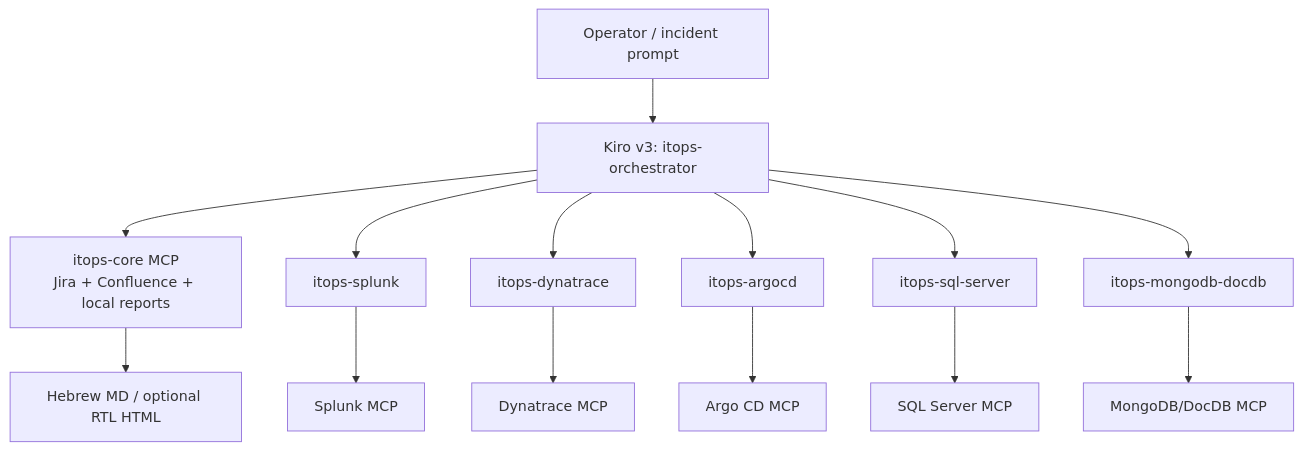
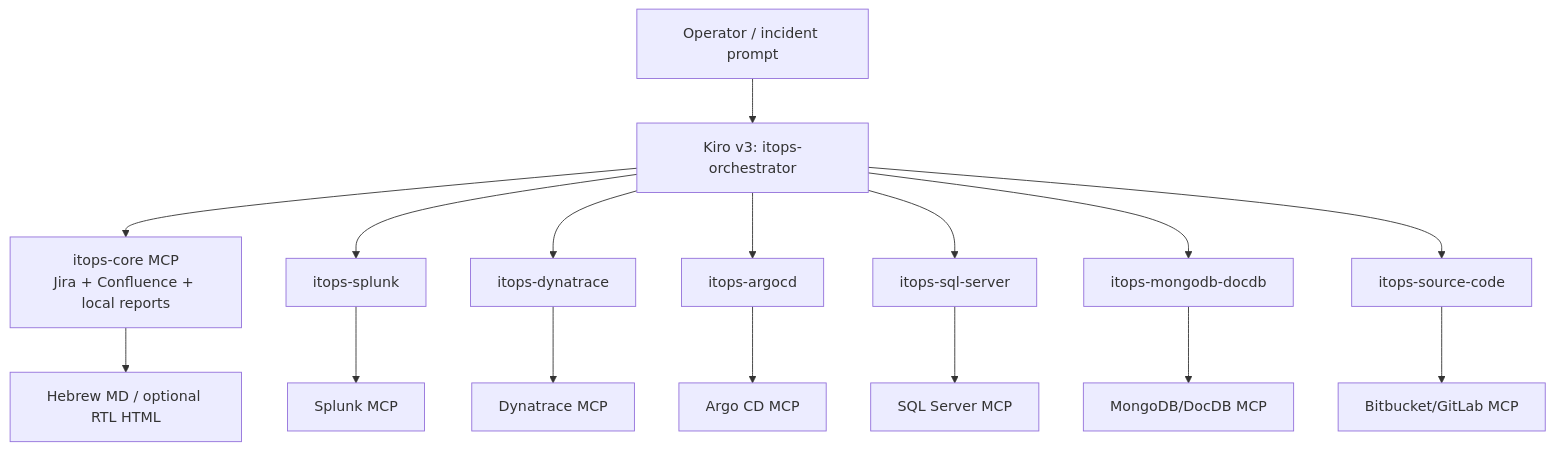
One commit to idan00189/itops-kiro-harness changed the diagram in .kiro/specs/itops-harness/design.md. Above: the diagram before and after it, drawn with Mermaid. The commit also changed other lines of this file and 28 other files, not shown here.

Commit message:
Add Bitbucket and GitLab source investigator

````diff
--- a/.kiro/specs/itops-harness/design.md
+++ b/.kiro/specs/itops-harness/design.md
@@ -5,16 +5,18 @@
 ```mermaid
 flowchart TD
     U["Operator / incident prompt"] --> O["Kiro v3: itops-orchestrator"]
     O --> C["itops-core MCP\nJira + Confluence + local reports"]
     O --> S1["itops-splunk"]
     O --> S2["itops-dynatrace"]
     O --> S3["itops-argocd"]
     S1 --> M1["Splunk MCP"]
     S2 --> M2["Dynatrace MCP"]
     S3 --> M3["Argo CD MCP"]
     O --> S4["itops-sql-server"]
     O --> S5["itops-mongodb-docdb"]
+    O --> S6["itops-source-code"]
     S4 --> M4["SQL Server MCP"]
     S5 --> M5["MongoDB/DocDB MCP"]
+    S6 --> M6["Bitbucket/GitLab MCP"]
     C --> R["Hebrew MD / optional RTL HTML"]
 ```
````
